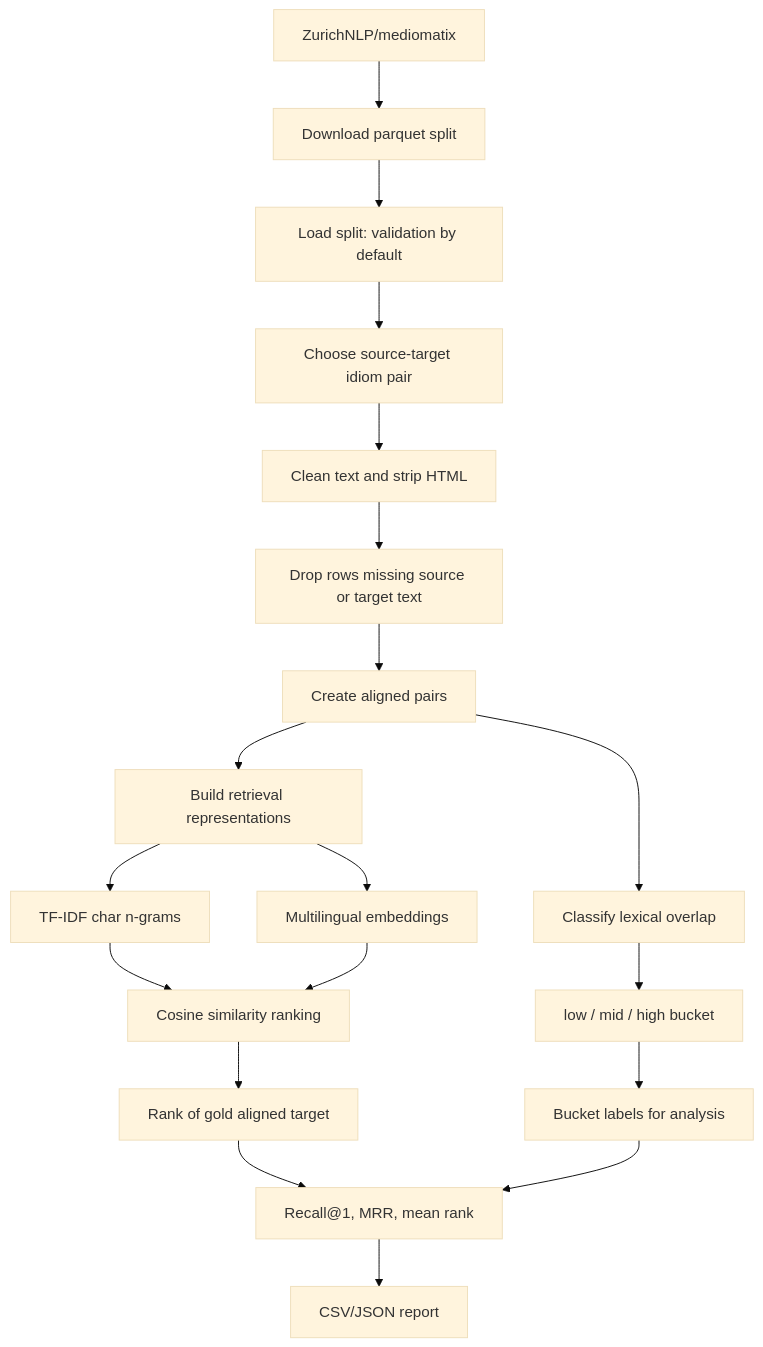
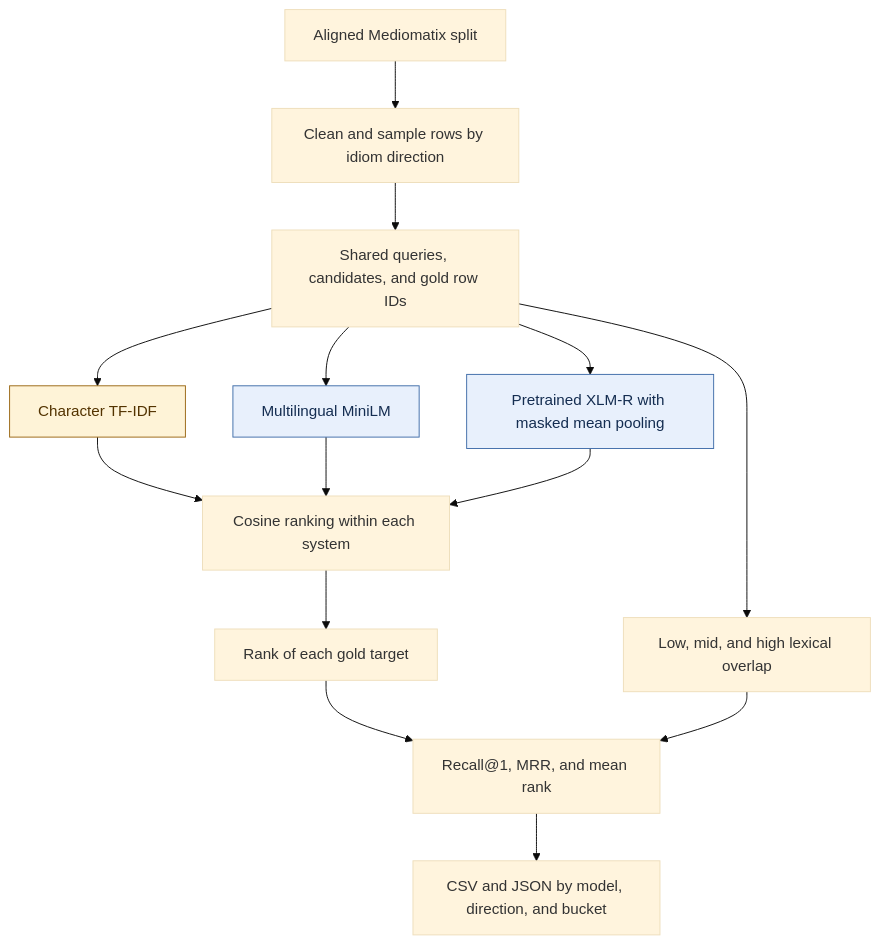
Before and after one commit to dirgnic/Zero-Shot_Semantic_Retrieval: the second of 3 diagrams in docs/diagrams/retrieval_pipeline.md, drawn with Mermaid (base theme). The commit also changed other lines of this file and 2 other files, not shown here.

First line of the commit message:
Update retrieval diagrams for MiniLM and pretrained XLM-R

````diff
--- a/docs/diagrams/retrieval_pipeline.md
+++ b/docs/diagrams/retrieval_pipeline.md
@@ -52,21 +54,21 @@
 ```mermaid
 flowchart TD
-    A["ZurichNLP/mediomatix"] --> B["Download parquet split"]
-    B --> C["Load split: validation by default"]
-    C --> D["Choose source-target idiom pair"]
-    D --> E["Clean text and strip HTML"]
-    E --> F["Drop rows missing source or target text"]
-    F --> G["Create aligned pairs"]
-    G --> H["Classify lexical overlap"]
-    G --> I["Build retrieval representations"]
-    H --> J["low / mid / high bucket"]
-    I --> K["TF-IDF char n-grams"]
-    I --> L["Multilingual embeddings"]
-    K --> M["Cosine similarity ranking"]
-    L --> M
-    J --> N["Bucket labels for analysis"]
-    M --> O["Rank of gold aligned target"]
-    O --> P["Recall@1, MRR, mean rank"]
-    N --> P
-    P --> Q["CSV/JSON report"]
+    Data["Aligned Mediomatix split"] --> Rows["Clean and sample rows by idiom direction"]
+    Rows --> Pairs["Shared queries, candidates, and gold row IDs"]
+    Pairs --> Lexical["Character TF-IDF"]
+    Pairs --> MiniLM["Multilingual MiniLM"]
+    Pairs --> XLMR["Pretrained XLM-R with masked mean pooling"]
+    Pairs --> Buckets["Low, mid, and high lexical overlap"]
+    Lexical --> Ranking["Cosine ranking within each system"]
+    MiniLM --> Ranking
+    XLMR --> Ranking
+    Ranking --> Gold["Rank of each gold target"]
+    Gold --> Metrics["Recall@1, MRR, and mean rank"]
+    Buckets --> Metrics
+    Metrics --> Reports["CSV and JSON by model, direction, and bucket"]
+
+    classDef lexical fill:#fef3d7,stroke:#9a6714,color:#533300
+    classDef embedding fill:#e8f0fc,stroke:#406da9,color:#142d51
+    class Lexical lexical
+    class MiniLM,XLMR embedding
 ```
````
